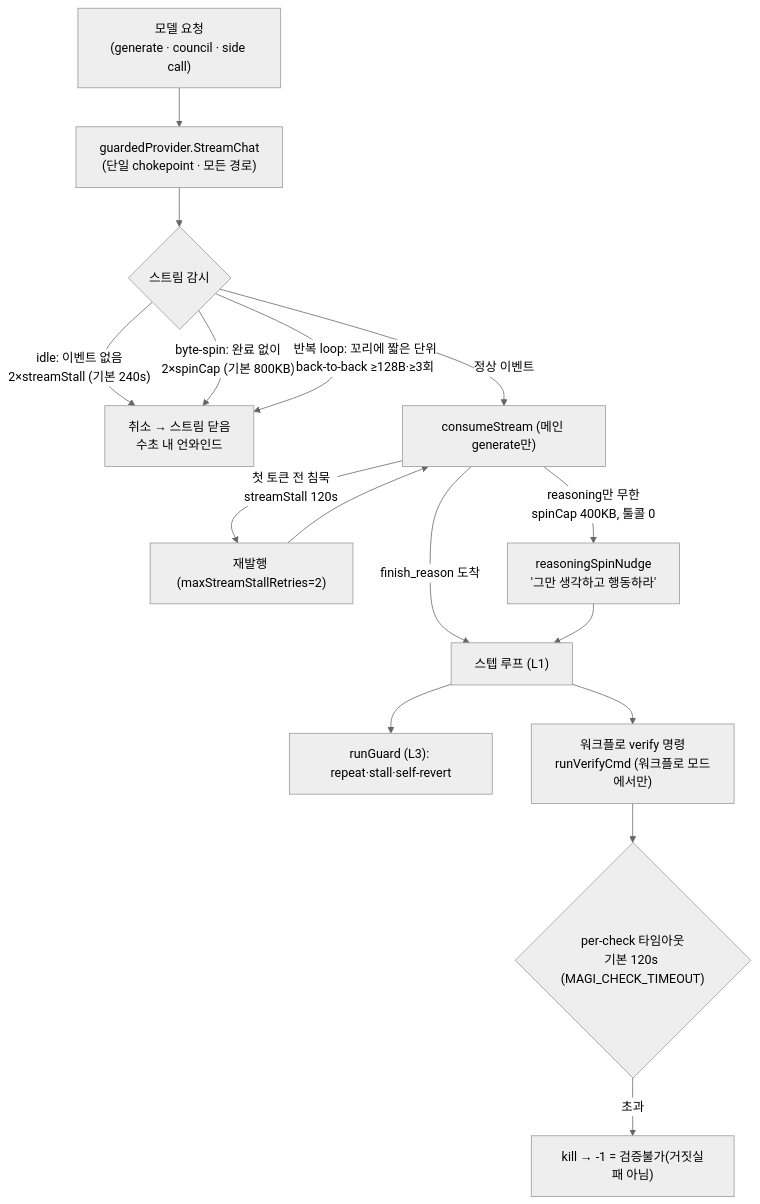
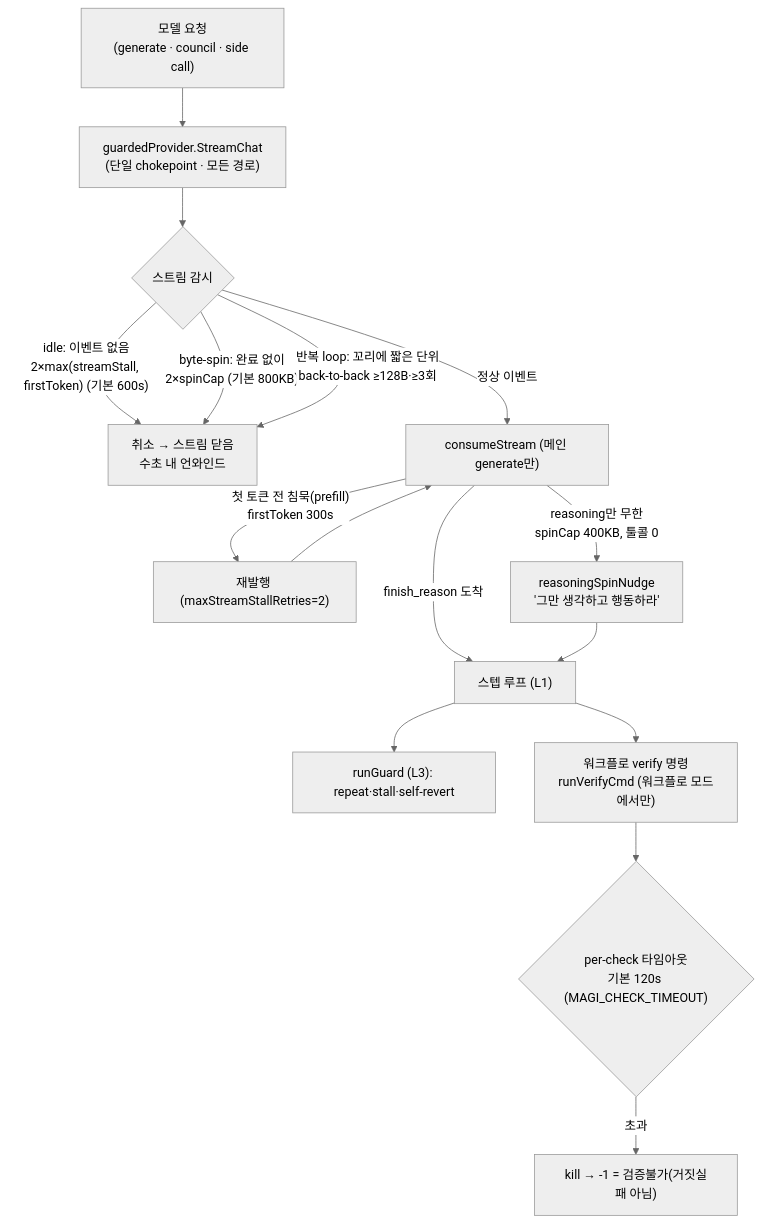
One commit to sayaya1090/magi changed the fifth of 18 diagrams in docs/DIAGRAMS.ko.md. Above: the diagram before and after it, drawn with Mermaid. The commit also changed other lines of this file and 15 other files, not shown here.

````diff
--- a/docs/DIAGRAMS.ko.md
+++ b/docs/DIAGRAMS.ko.md
@@ -211,19 +211,19 @@
 ```mermaid
 %%{init: {'theme':'neutral','flowchart':{'curve':'basis'}}}%%
 flowchart TD
   REQ["모델 요청<br/>(generate · council · side call)"] --> GP["guardedProvider.StreamChat<br/>(단일 chokepoint · 모든 경로)"]
   GP --> W{"스트림 감시"}
-  W -- "idle: 이벤트 없음<br/>2×streamStall (기본 240s)" --> AB["취소 → 스트림 닫음<br/>수초 내 언와인드"]
+  W -- "idle: 이벤트 없음<br/>2×max(streamStall, firstToken) (기본 600s)" --> AB["취소 → 스트림 닫음<br/>수초 내 언와인드"]
   W -- "byte-spin: 완료 없이<br/>2×spinCap (기본 800KB)" --> AB
   W -- "반복 loop: 꼬리에 짧은 단위<br/>back-to-back ≥128B·≥3회" --> AB
   W -- "정상 이벤트" --> CS["consumeStream (메인 generate만)"]
-  CS -- "첫 토큰 전 침묵<br/>streamStall 120s" --> RT["재발행 (maxStreamStallRetries=2)"]
+  CS -- "첫 토큰 전 침묵(prefill)<br/>firstToken 300s" --> RT["재발행 (maxStreamStallRetries=2)"]
   CS -- "reasoning만 무한<br/>spinCap 400KB, 툴콜 0" --> SN["reasoningSpinNudge<br/>'그만 생각하고 행동하라'"]
   CS -- "finish_reason 도착" --> STEP["스텝 루프 (L1)"]
   RT --> CS
   SN --> STEP
   STEP --> TG["runGuard (L3): repeat·stall·self-revert"]
   STEP --> CK["워크플로 verify 명령<br/>runVerifyCmd (워크플로 모드에서만)"]
   CK --> CTO{"per-check 타임아웃<br/>기본 120s (MAGI_CHECK_TIMEOUT)"}
   CTO -- "초과" --> KILL["kill → -1 = 검증불가(거짓실패 아님)"]
 ```
````
